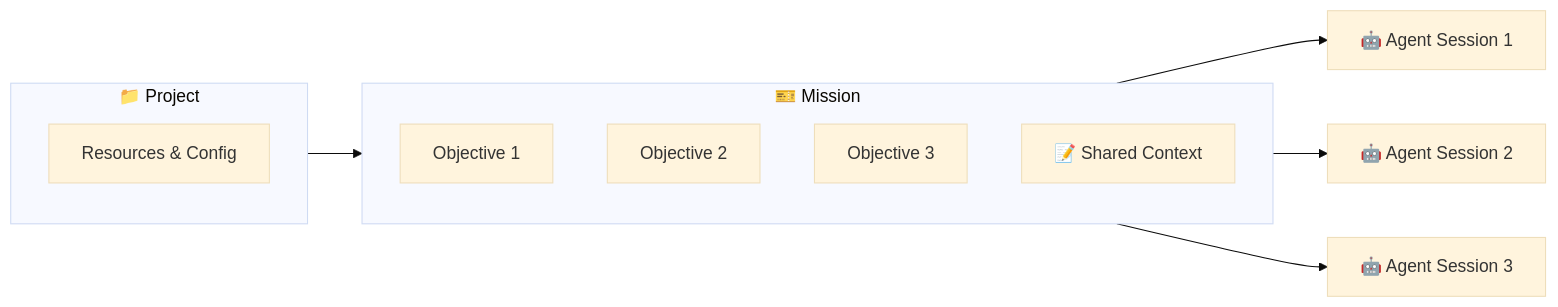
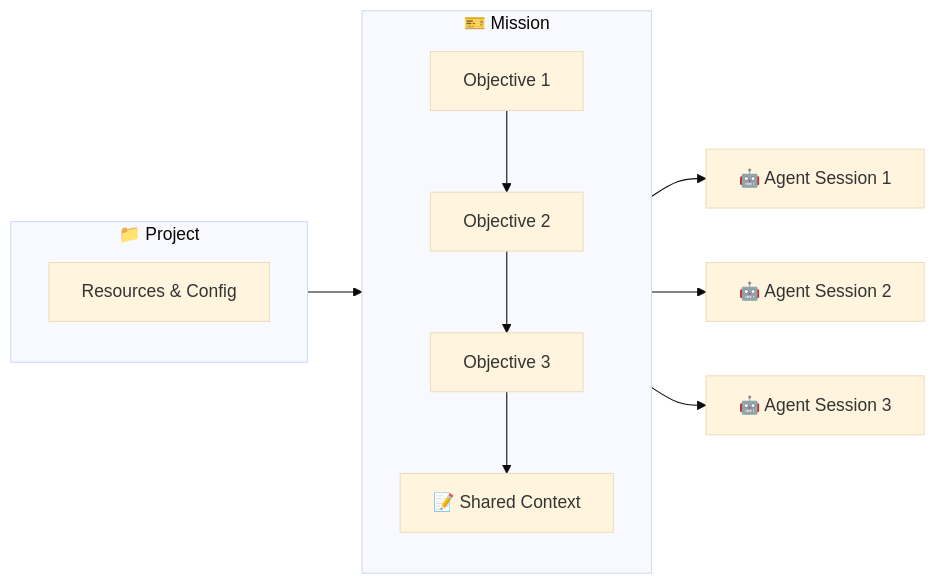
Before and after one commit to cooperativ-labs/OpenOverlord: the first of 2 diagrams in README.md, drawn with Mermaid (base theme).

````diff
--- a/README.md
+++ b/README.md
@@ -89,26 +89,27 @@
 ```mermaid
 graph LR
     subgraph Project["📁 Project"]
 
        
         Resources["Resources & Config"]
 
     end
     subgraph Mission["🎫 Mission"]
         direction TB
         O1["Objective 1"]
         O2["Objective 2"]
         O3["Objective 3"]
         SC["📝 Shared Context"]
+        O1 --> O2 --> O3 --> SC
     end
 
     S1["🤖 Agent Session 1"]
     S2["🤖 Agent Session 2"]
     S3["🤖 Agent Session 3"]
 
     Project --> Mission
     O1 --> S1
     O2 --> S2
     O3 --> S3
     
 ```
````
